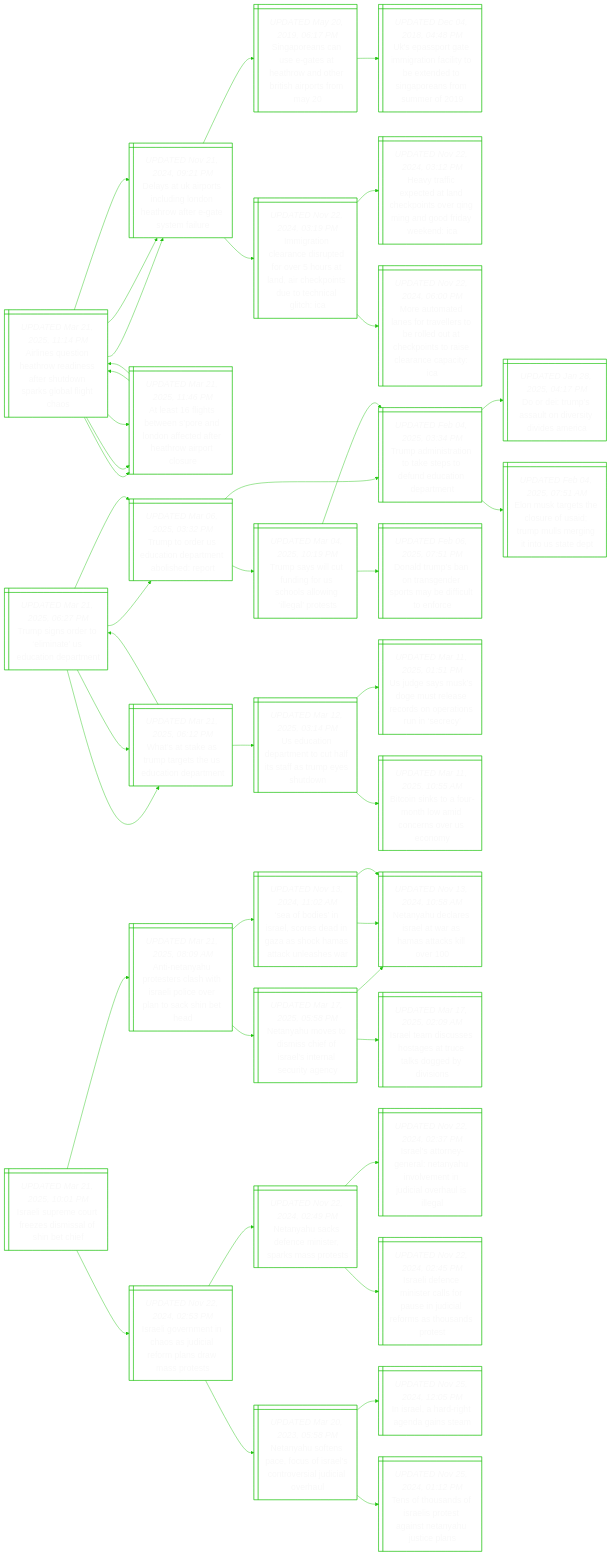
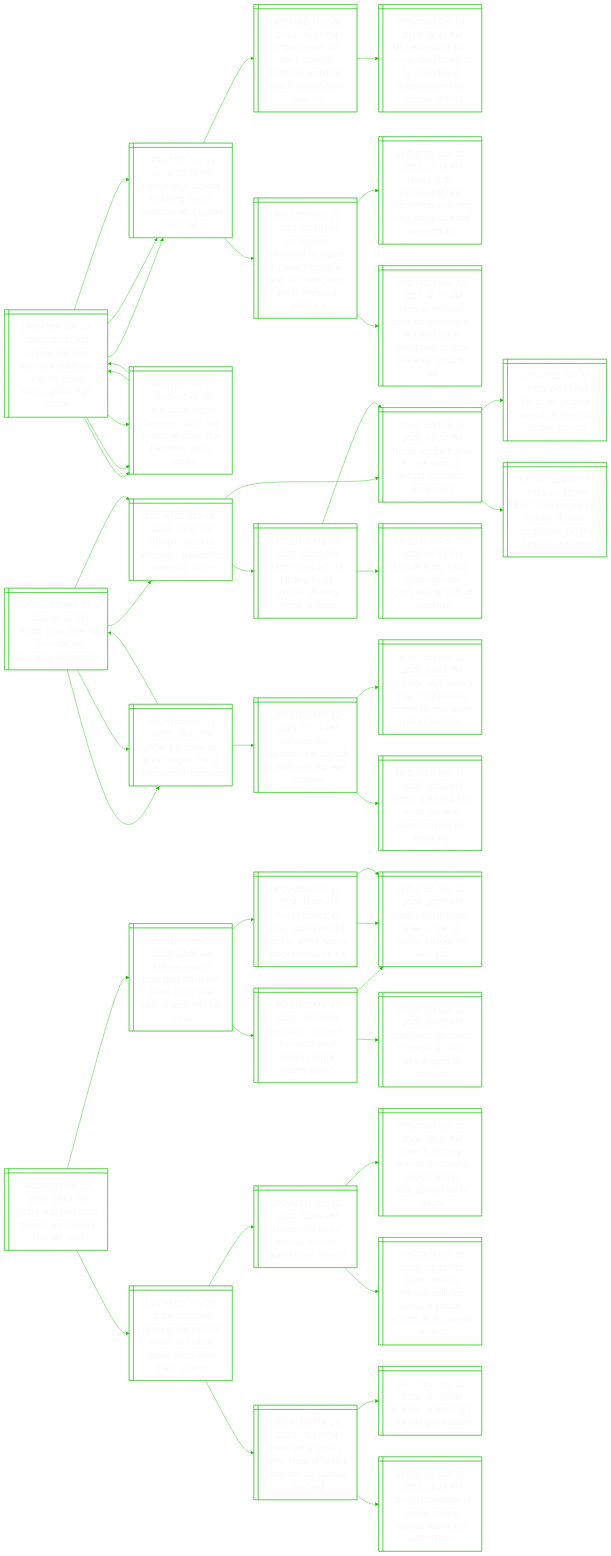
Before and after one commit to notJmes/notJmes: the diagram in README.md, drawn with Mermaid. The commit also changed other lines of this file, not shown here.

```diff
--- a/README.md
+++ b/README.md
@@ -16,7 +16,7 @@
 flowchart LR
 classDef txtsize font-size:20px;
 
-Anenheetunkbih@{ shape: win-pane, label: "_UPDATED Mar 21, 2025, 11:14 PM_
+Anenheetunkbih@{ shape: win-pane, label: "_UPDATED Mar 22, 2025, 01:21 AM_
 Airlines question heathrow readiness after shutdown sparks global flight chaos" }
 Dsarcndawreel@{ shape: win-pane, label: "_UPDATED Nov 21, 2024, 09:21 PM_
 Delays at uk airports including london heathrow after e-gate system failure" }
@@ -30,19 +30,19 @@
 Heavy traffic expected at land checkpoints over qing ming and good friday weekend: ica" }
 Mutnresrdtktalnpy@{ shape: win-pane, label: "_UPDATED Nov 22, 2024, 06:00 PM_
 More automated lanes for travellers to be rolled out at checkpoints to raise clearance capacity: ica" }
-Asgeneoattawoo@{ shape: win-pane, label: "_UPDATED Mar 21, 2025, 11:46 PM_
+Asgeneoattawoo@{ shape: win-pane, label: "_UPDATED Mar 22, 2025, 01:41 AM_
 At least 16 flights between s’pore and london affected after heathrow airport closure" }
-Anenheetunkbih@{ shape: win-pane, label: "_UPDATED Mar 21, 2025, 11:14 PM_
+Anenheetunkbih@{ shape: win-pane, label: "_UPDATED Mar 22, 2025, 01:21 AM_
 Airlines question heathrow readiness after shutdown sparks global flight chaos" }
 Dsarcndawreel@{ shape: win-pane, label: "_UPDATED Nov 21, 2024, 09:21 PM_
 Delays at uk airports including london heathrow after e-gate system failure" }
-Asgeneoattawoo@{ shape: win-pane, label: "_UPDATED Mar 21, 2025, 11:46 PM_
+Asgeneoattawoo@{ shape: win-pane, label: "_UPDATED Mar 22, 2025, 01:41 AM_
 At least 16 flights between s’pore and london affected after heathrow airport closure" }
-Anenheetunkbih@{ shape: win-pane, label: "_UPDATED Mar 21, 2025, 11:14 PM_
+Anenheetunkbih@{ shape: win-pane, label: "_UPDATED Mar 22, 2025, 01:21 AM_
 Airlines question heathrow readiness after shutdown sparks global flight chaos" }
 Dsarcndawreel@{ shape: win-pane, label: "_UPDATED Nov 21, 2024, 09:21 PM_
 Delays at uk airports including london heathrow after e-gate system failure" }
-Asgeneoattawoo@{ shape: win-pane, label: "_UPDATED Mar 21, 2025, 11:46 PM_
+Asgeneoattawoo@{ shape: win-pane, label: "_UPDATED Mar 22, 2025, 01:41 AM_
 At least 16 flights between s’pore and london affected after heathrow airport closure" }
 
 Anenheetunkbih:::txtsize --> Dsarcndawreel:::txtsize
```
